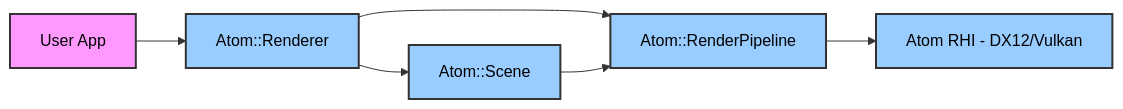
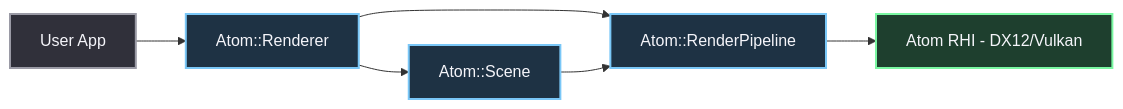
The second of 3 diagrams in content/Engine shit/O3DE/Atomic/1 Architectural Decoupling & Usability Overhaul.md (Astin-A/the-workshop), drawn with Mermaid before and after one commit. The commit also changed other lines of this file and 24 other files, not shown here.

````diff
--- a/content/Engine shit/O3DE/Atomic/1 Architectural Decoupling & Usability Overhaul.md
+++ b/content/Engine shit/O3DE/Atomic/1 Architectural Decoupling & Usability Overhaul.md
@@ -69,15 +70,17 @@
 ```mermaid
-%%{init: {'theme': 'base', 'themeVariables': { 'primaryTextColor': '#000000', 'textColor': '#000000', 'lineColor': '#333333' }}}%%
 graph LR
     A[User App] --> B[Atom::Renderer]
     B --> C[Atom::Scene]
     B --> D[Atom::RenderPipeline]
     C --> D
     D --> E[Atom RHI - DX12/Vulkan]
-    
-    style A fill:#f9f,stroke:#333,stroke-width:2px,color:#000
-    style B fill:#9cf,stroke:#333,stroke-width:2px,color:#000
-    style C fill:#9cf,stroke:#333,stroke-width:2px,color:#000
-    style D fill:#9cf,stroke:#333,stroke-width:2px,color:#000
-    style E fill:#9cf,stroke:#333,stroke-width:2px,color:#000
+
+    classDef default fill:#303040,stroke:#7aa2f7,stroke-width:2px,color:#f5f5fa;
+    classDef info fill:#1e3244,stroke:#7ac7f7,stroke-width:2px,color:#f5f5fa;
+    classDef success fill:#1e3f2e,stroke:#7af7a2,stroke-width:2px,color:#f5f5fa;
+    classDef neutral fill:#30303a,stroke:#9a9aa5,stroke-width:2px,color:#f5f5fa;
+
+    class A neutral;
+    class B,C,D info;
+    class E success;
 ```
````
